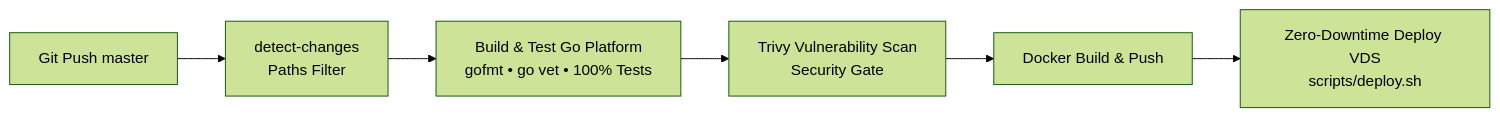
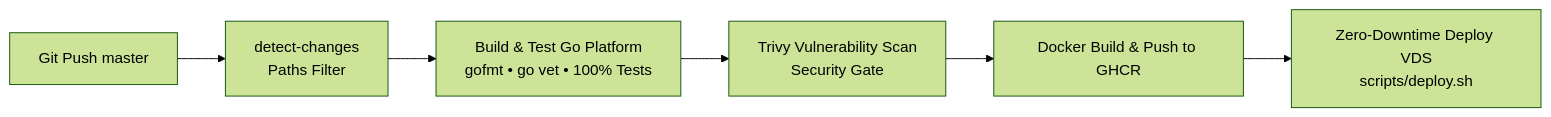
The second of 4 diagrams in README.md (AndreyJVM/portfolio-service), drawn with Mermaid (forest theme) before and after one commit. The commit also changed other lines of this file, not shown here.

Commit message:
docs: align README with GHCR migration and repository structure

````diff
--- a/README.md
+++ b/README.md
@@ -78,8 +78,8 @@
 ```mermaid
 flowchart LR
     A[Git Push master] --> B[detect-changes<br/>Paths Filter]
     B --> C[Build & Test Go Platform<br/>gofmt • go vet • 100% Tests]
     C --> D[Trivy Vulnerability Scan<br/>Security Gate]
-    D --> E[Docker Build & Push]
+    D --> E[Docker Build & Push to GHCR]
     E --> F[Zero-Downtime Deploy VDS<br/>scripts/deploy.sh]
 ```
````
